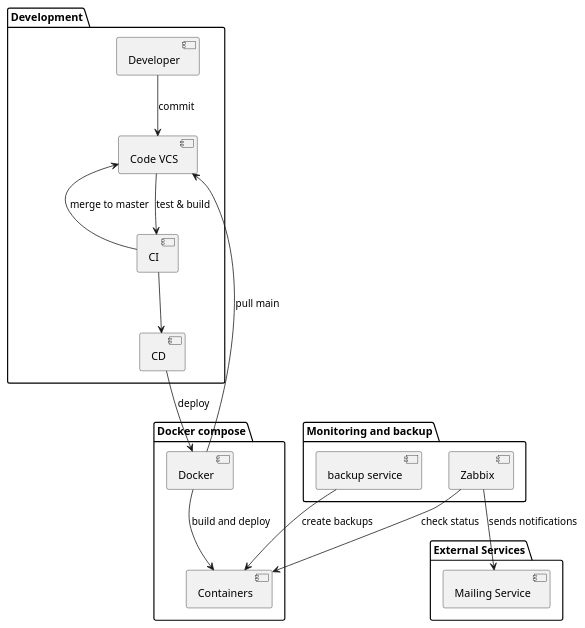
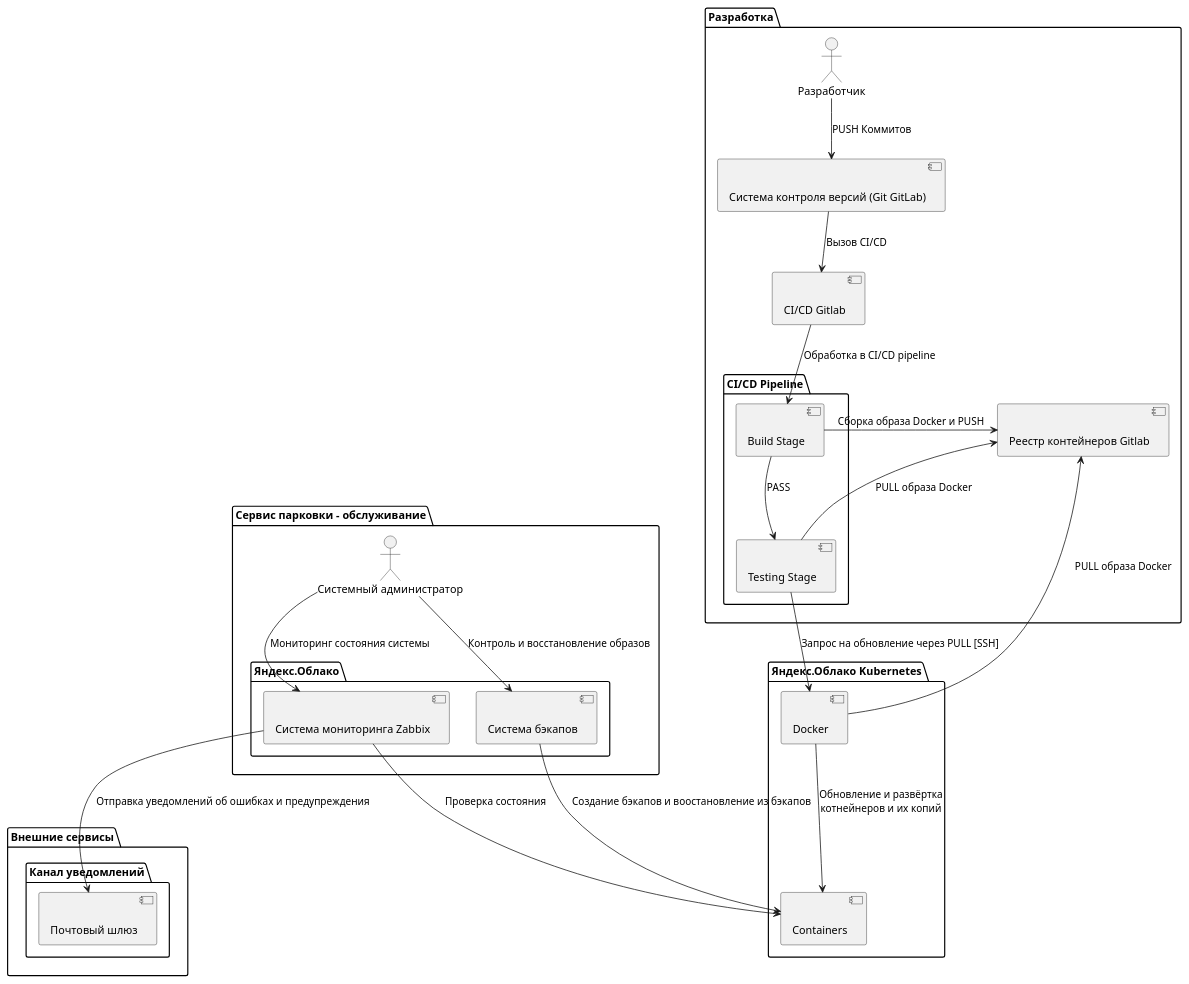
Before and after one commit to jmv52aof/project-doc: the diagram in 2. Технический проект/maintanence.puml, drawn with PlantUML. The commit also changed 12 other files, not shown here.

```diff
--- a/2. Технический проект/maintanence.puml
+++ b/2. Технический проект/maintanence.puml
@@ -1,41 +1,48 @@
-@startuml истема учета библиотеки. Maintenance
+@startuml
 
-'left to right direction	
-top to bottom direction
-
-package "Development" {
-    [Developer]
-    [Code VCS]
-    [Developer] --> [Code VCS]: "commit" 
-
-    [CI]
-    [Code VCS] --> [CI]: "test & build"
-
-    [CD]
-    [CI] --> [CD]
-    [CI] --> [Code VCS]: "merge to master"
+package "Яндекс.Облако Kubernetes" as k8s {
+  [Docker] as docker << (C, #FFAAAA) >>
+  [Containers] as containers << (C, #FFAAAA) >>
 }
 
-
-package "Docker compose" {  
-    [Docker]
-    [Containers] 
-}
-[Docker] --> [Code VCS]: "pull main"
-[Docker] --> [Containers]: "build and deploy" 
-[CD] --> [Docker]: "deploy" 
-
-package "External Services" {
-    [Mailing Service]
+package "Сервис парковки - обслуживание" as maintenance {
+    actor "Системный администратор" as sys_admin
+    package "Яндекс.Облако" as cloud {
+      [Система мониторинга Zabbix] as monitoring_service << (C, #FFAAAA) >>
+      [Система бэкапов] as backup_service << (C, #FFAAAA) >>
+    }
 }
 
-package "Monitoring and backup" {
-    [Zabbix]
-    [Zabbix] --> [Containers]: "check status" 
-    [Zabbix] --> [Mailing Service]: "sends notifications" 
-    [backup service]
-    [backup service] --> [Containers]: "create backups" 
+package "Внешние сервисы" as outer_services {
+    package "Канал уведомлений" as notifications {
+        [Почтовый шлюз] as email_service << (C, #FFAAAA) >>
+    }
 }
 
+package "Разработка" as development {
+    actor "Разработчик" as developer
+    [Система контроля версий (Git GitLab)] as vcs << (C, #FFAAAA) >>
+    [CI/CD Gitlab] as cicd << (C, #FFAAAA) >>
+    package "CI/CD Pipeline" as build {
+      [Build Stage] as buildstage << (C, #FFAAAA) >>
+      [Testing Stage] as testingstage << (C, #FFAAAA) >>
+    }
+    [Реестр контейнеров Gitlab] as containeregistry << (C, #FFAAAA) >>
+}
+
+sys_admin --> monitoring_service : "Мониторинг состояния системы"
+sys_admin --> backup_service : "Контроль и восстановление образов"
+monitoring_service --> email_service : "Отправка уведомлений об ошибках и предупреждения"
+developer --> vcs : "PUSH Коммитов"
+vcs --> cicd : "Вызов CI/CD"
+cicd --> buildstage : "Обработка в CI/CD pipeline"
+buildstage --> containeregistry : "Сборка образа Docker и PUSH"
+containeregistry <-- testingstage : "PULL образа Docker"
+buildstage --> testingstage : "PASS"
+testingstage --> docker : "Запрос на обновление через PULL [SSH]"
+docker --> containeregistry : "PULL образа Docker"
+docker --> containers : "Обновление и развёртка\nкотнейнеров и их копий"
+monitoring_service --> containers : "Проверка состояния"
+backup_service --> containers : "Создание бэкапов и воостановление из бэкапов"
 
 @enduml
```
